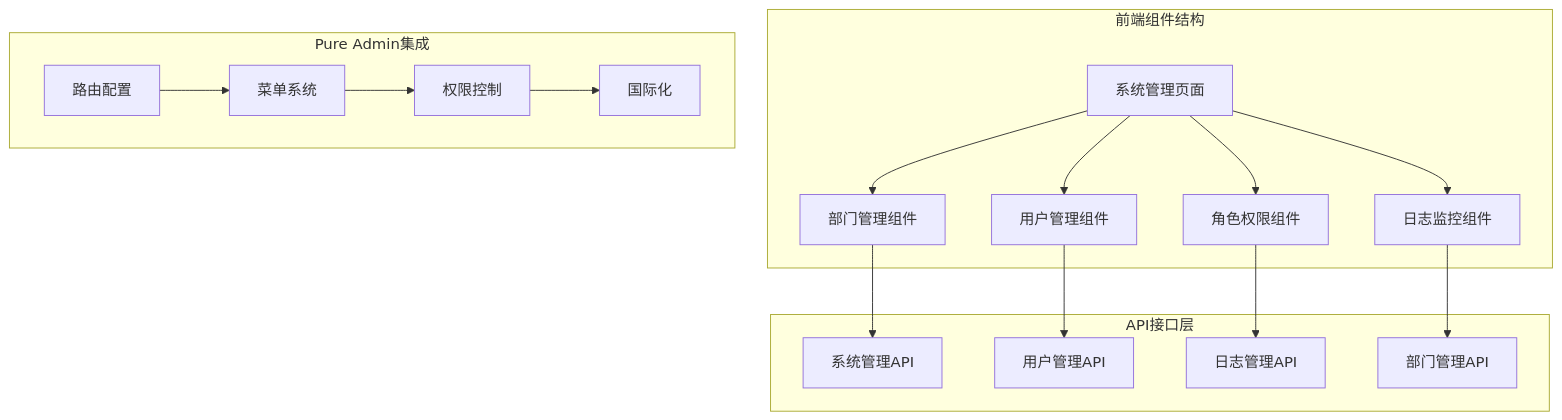
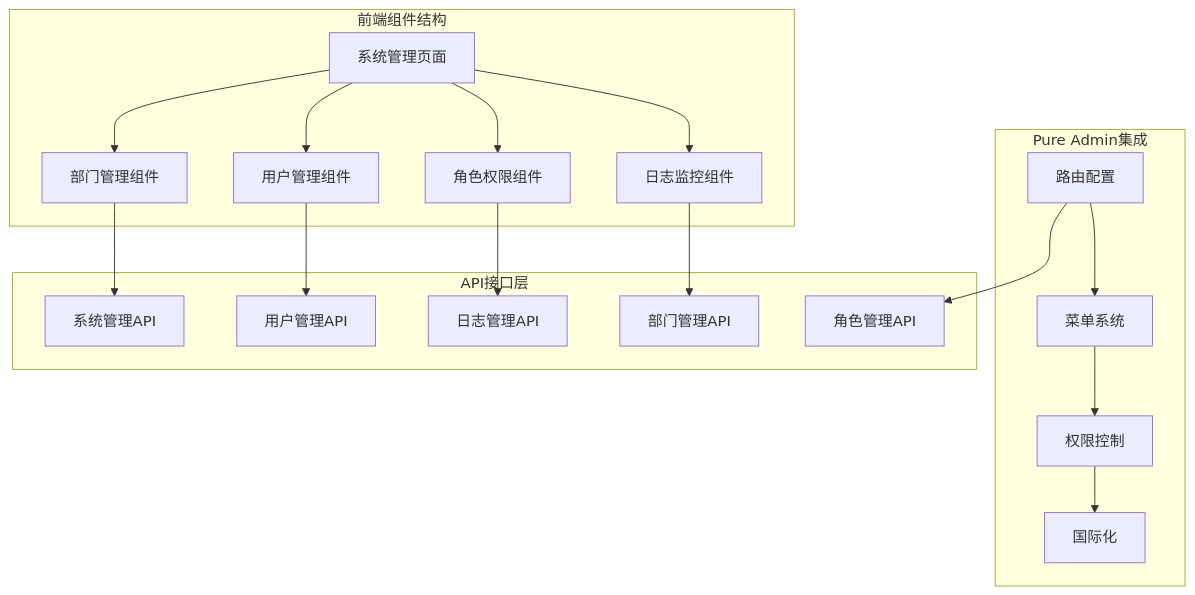
Before and after one commit to taoweidong/Hello-FastApi: diagram 12 of 16 in .qoder/repowiki/zh/content/核心模块/系统管理模块.md, drawn with Mermaid. The commit also changed other lines of this file and 9 other files, not shown here.

````diff
--- a/.qoder/repowiki/zh/content/核心模块/系统管理模块.md
+++ b/.qoder/repowiki/zh/content/核心模块/系统管理模块.md
@@ -525,33 +752,35 @@
 ```mermaid
 graph TB
 subgraph "前端组件结构"
 A[系统管理页面]
 B[部门管理组件]
 C[用户管理组件]
 D[角色权限组件]
 E[日志监控组件]
 end
 subgraph "Pure Admin集成"
 F[路由配置]
 G[菜单系统]
 H[权限控制]
 I[国际化]
 end
 subgraph "API接口层"
 J[系统管理API]
 K[用户管理API]
 L[日志管理API]
 M[部门管理API]
+N[角色管理API]
 end
 A --> B
 A --> C
 A --> D
 A --> E
 F --> G
 G --> H
 H --> I
 B --> J
 C --> K
 D --> L
 E --> M
+F --> N
 ```
````
